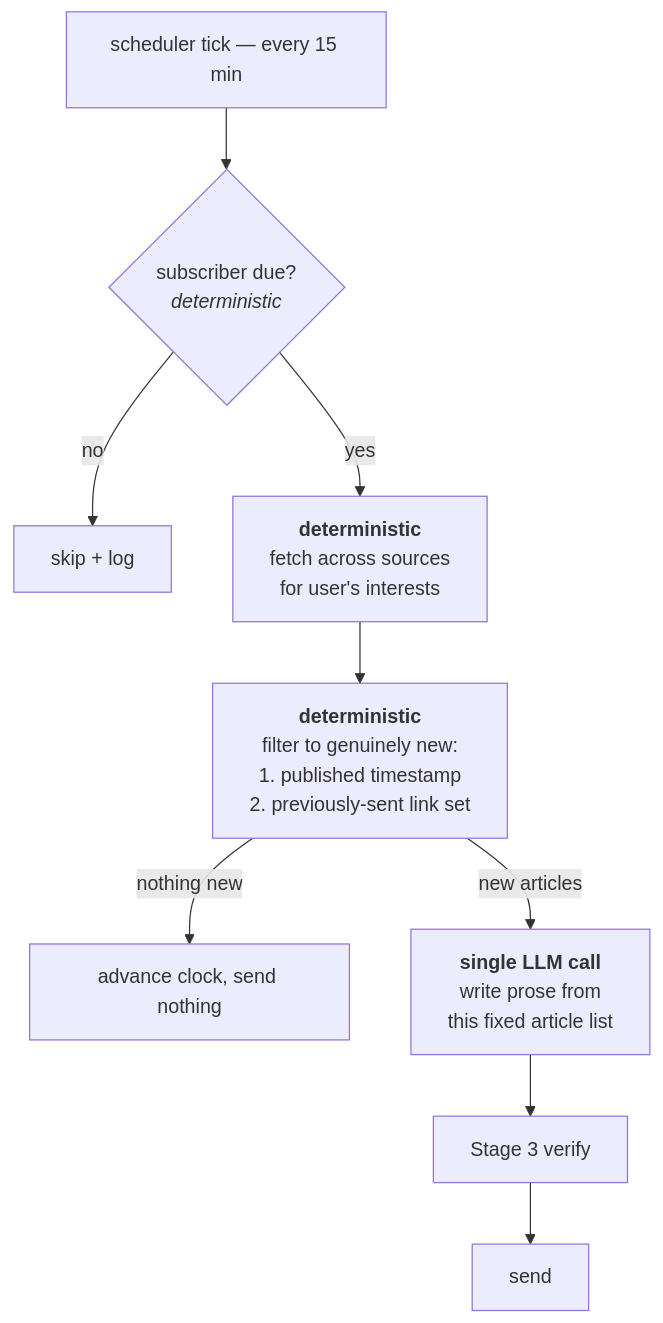
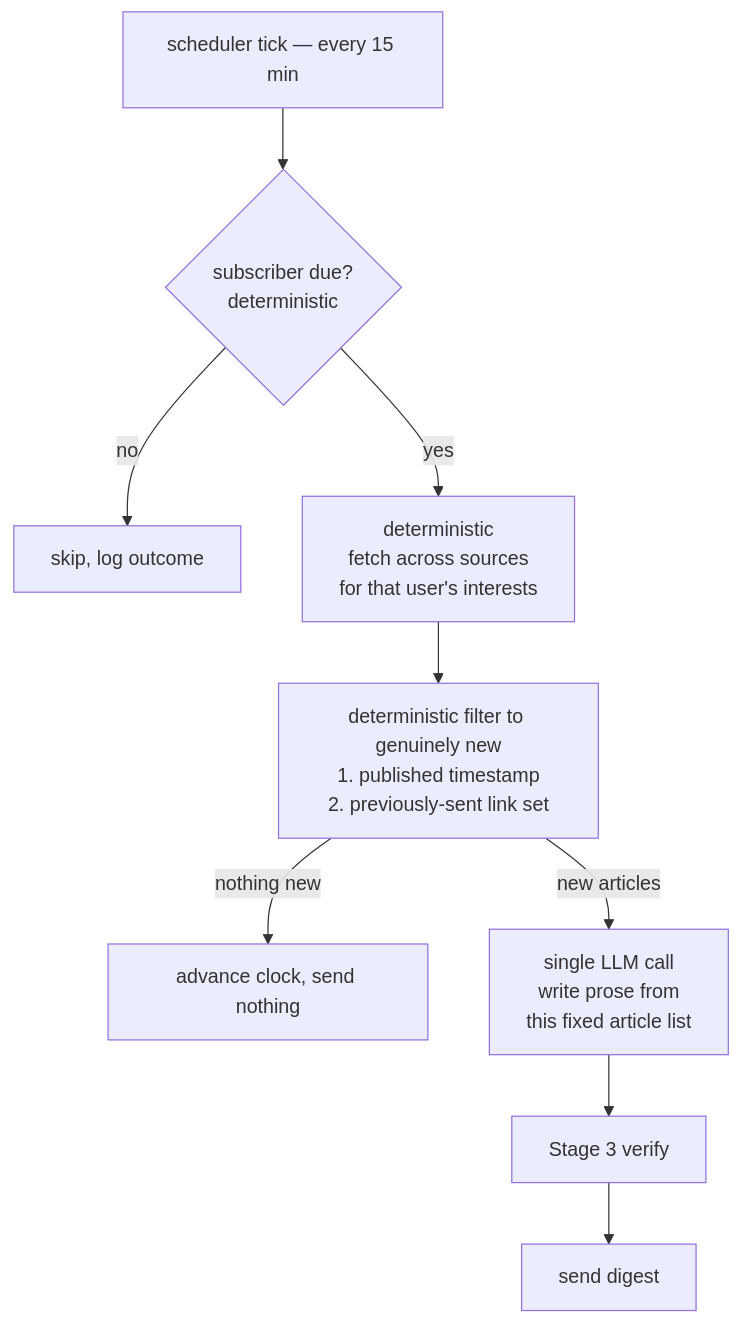
The fifth of 6 diagrams in docs/system-overview.md (nankma/argus), drawn with Mermaid before and after one commit. The commit also changed other lines of this file and 2 other files, not shown here.

````diff
--- a/docs/system-overview.md
+++ b/docs/system-overview.md
@@ -319,11 +285,11 @@
 ```mermaid
 flowchart TB
-    T["scheduler tick — every 15 min"] --> D{"subscriber due?<br/><i>deterministic</i>"}
-    D -->|no| SKIP["skip + log"]
-    D -->|yes| F["<b>deterministic</b><br/>fetch across sources<br/>for user's interests"]
-    F --> FILT["<b>deterministic</b><br/>filter to genuinely new:<br/>1. published timestamp<br/>2. previously-sent link set"]
+    T["scheduler tick — every 15 min"] --> D{"subscriber due?<br/>deterministic"}
+    D -->|no| SKIP["skip, log outcome"]
+    D -->|yes| F["deterministic<br/>fetch across sources<br/>for that user's interests"]
+    F --> FILT["deterministic filter to genuinely new<br/>1. published timestamp<br/>2. previously-sent link set"]
     FILT -->|nothing new| ADV["advance clock, send nothing"]
-    FILT -->|new articles| W["<b>single LLM call</b><br/>write prose from<br/>this fixed article list"]
+    FILT -->|new articles| W["single LLM call<br/>write prose from<br/>this fixed article list"]
     W --> V["Stage 3 verify"]
-    V --> SEND["send"]
+    V --> SEND["send digest"]
 ```
````
